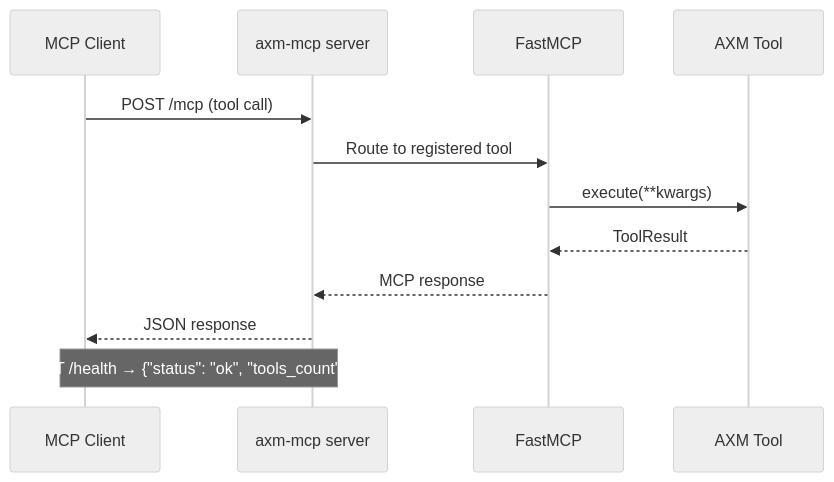
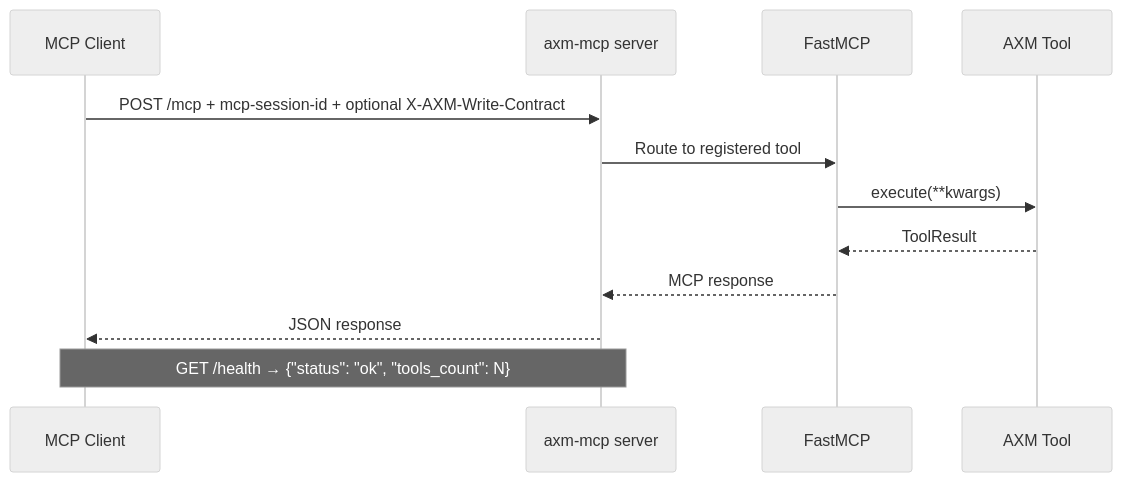
One commit to axm-protocols/axm-forge changed the fourth of 5 diagrams in packages/axm-mcp/docs/explanation/architecture.md. Above: the diagram before and after it, drawn with Mermaid (neutral theme). The commit also changed other lines of this file and 3 other files, not shown here.

First line of the commit message:
feat(axm-mcp): bind write scopes to HTTP sessions

````diff
--- a/packages/axm-mcp/docs/explanation/architecture.md
+++ b/packages/axm-mcp/docs/explanation/architecture.md
@@ -69,16 +69,16 @@
 ```mermaid
 sequenceDiagram
     participant Client as MCP Client
     participant Server as axm-mcp server
     participant FastMCP as FastMCP
     participant Tool as AXM Tool
 
-    Client->>Server: POST /mcp (tool call)
+    Client->>Server: POST /mcp + mcp-session-id + optional X-AXM-Write-Contract
     Server->>FastMCP: Route to registered tool
     FastMCP->>Tool: execute(**kwargs)
     Tool-->>FastMCP: ToolResult
     FastMCP-->>Server: MCP response
     Server-->>Client: JSON response
 
     Note over Client,Server: GET /health → {"status": "ok", "tools_count": N}
 ```
````
